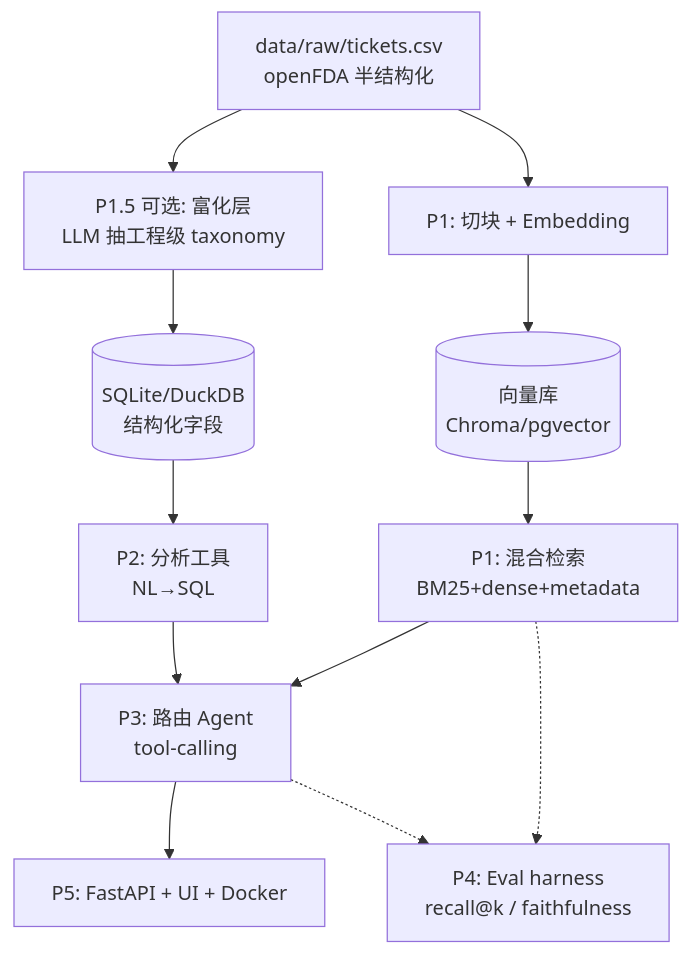
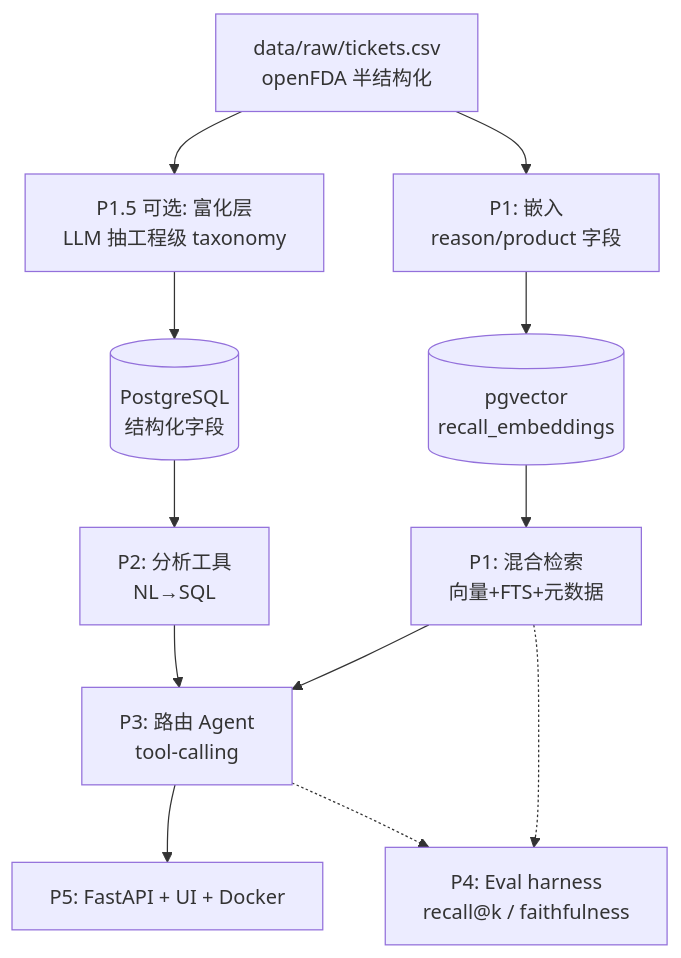
The diagram in PLAN.md (Wmx-5Percent/FDAgent), drawn with Mermaid before and after one commit. The commit also changed other lines of this file and 2 other files, not shown here.

````diff
--- a/PLAN.md
+++ b/PLAN.md
@@ -25,14 +26,14 @@
 ```mermaid
 flowchart TB
   A[data/raw/tickets.csv<br/>openFDA 半结构化] --> B[P1.5 可选: 富化层<br/>LLM 抽工程级 taxonomy]
-  B --> C[(SQLite/DuckDB<br/>结构化字段)]
-  A --> D[P1: 切块 + Embedding]
-  D --> E[(向量库<br/>Chroma/pgvector)]
+  B --> C[(PostgreSQL<br/>结构化字段)]
+  A --> D[P1: 嵌入<br/>reason/product 字段]
+  D --> E[(pgvector<br/>recall_embeddings)]
   C --> F[P2: 分析工具<br/>NL→SQL]
-  E --> G[P1: 混合检索<br/>BM25+dense+metadata]
+  E --> G[P1: 混合检索<br/>向量+FTS+元数据]
   G --> H[P3: 路由 Agent<br/>tool-calling]
   F --> H
   H --> I[P5: FastAPI + UI + Docker]
   G -.-> J[P4: Eval harness<br/>recall@k / faithfulness]
   H -.-> J
 ```
````
